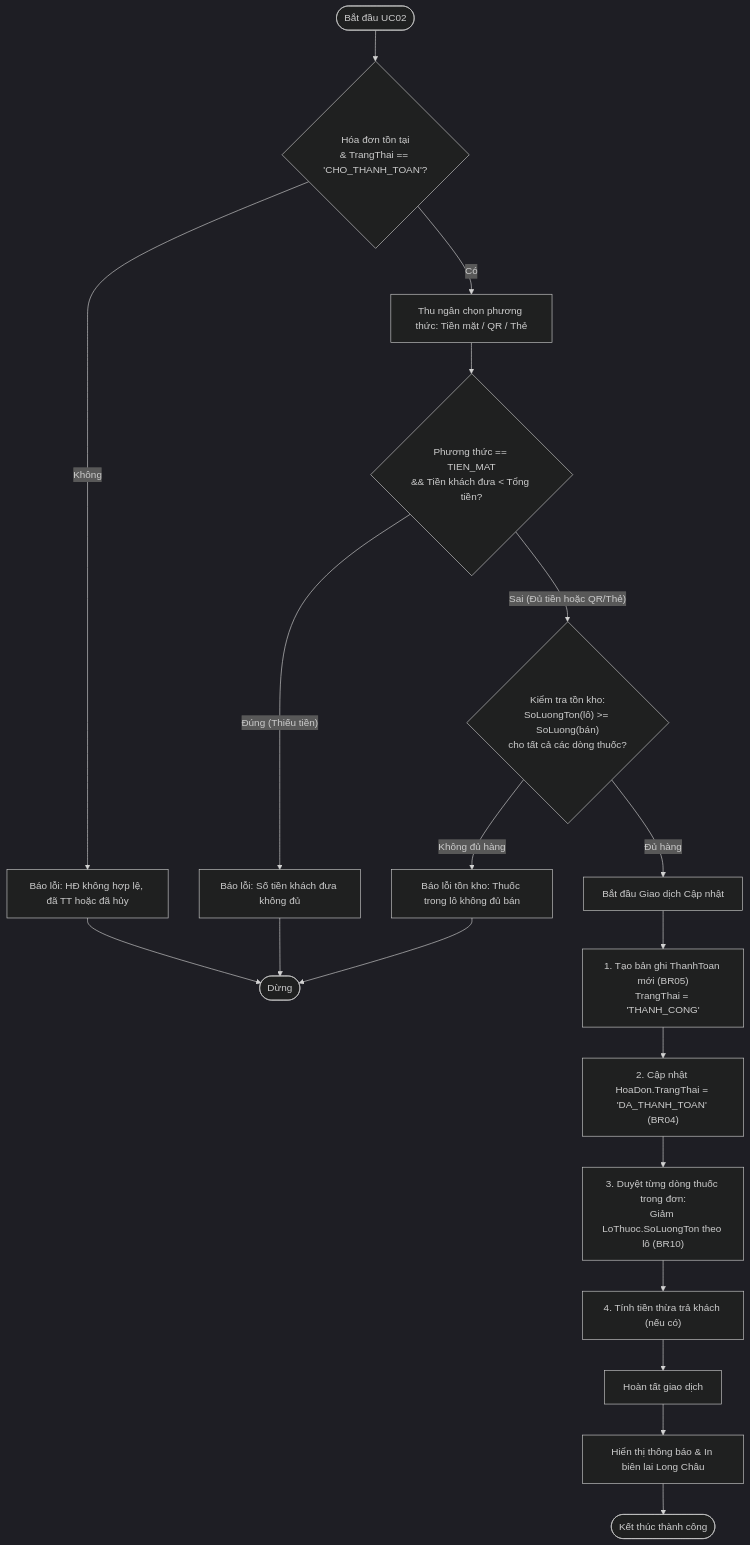
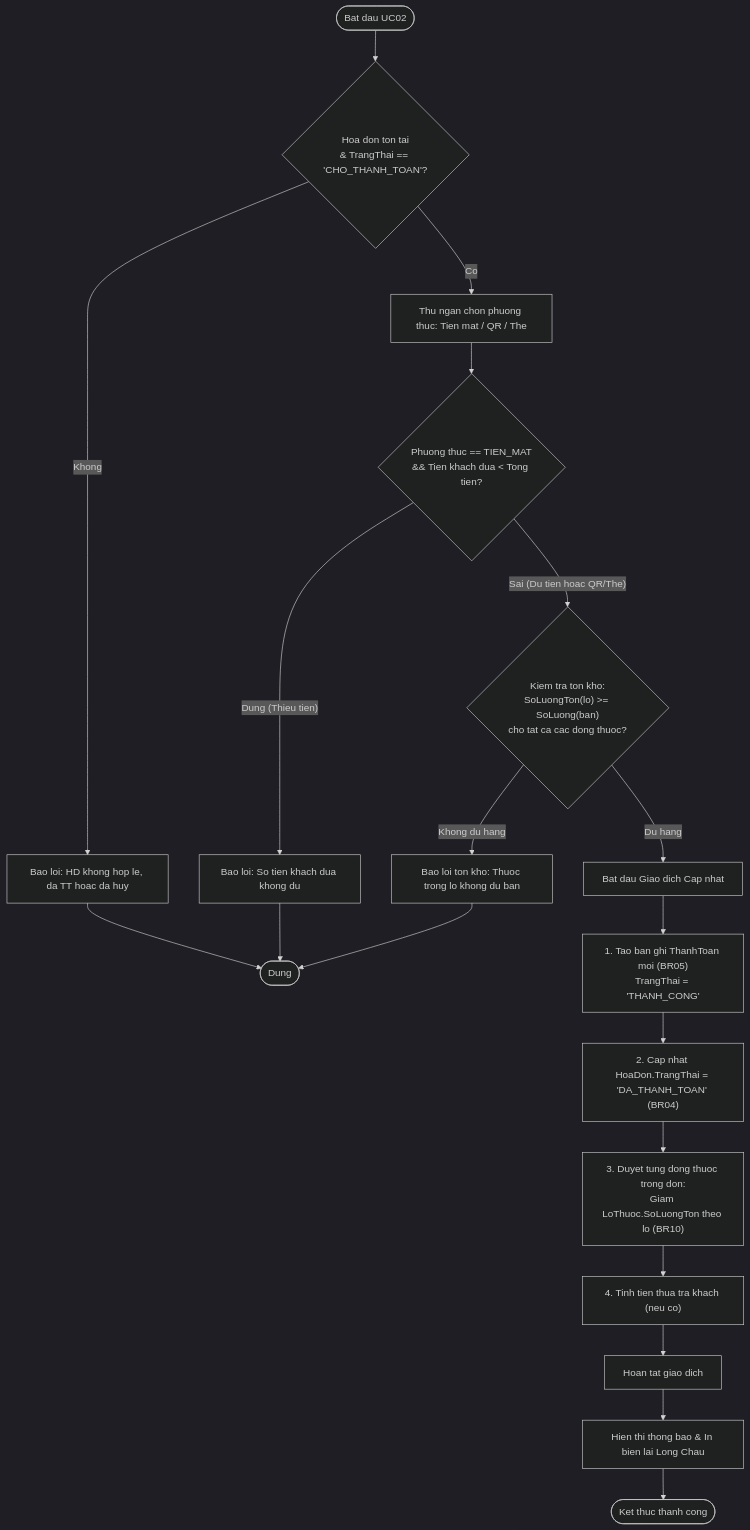
One commit to AbrahamZenon/HTTT changed the third of 4 diagrams in README.md. Above: the diagram before and after it, drawn with Mermaid (dark theme). The commit also changed other lines of this file and 1 other file, not shown here.

Commit message:
docs: Luoc bo toan bo ky tu icon va box-drawing trong tai lieu

````diff
--- a/README.md
+++ b/README.md
@@ -253,23 +253,23 @@
 ```mermaid
 flowchart TD
-    Start(["Bắt đầu UC02"]) --> CheckInvoice{"Hóa đơn tồn tại\n& TrangThai == 'CHO_THANH_TOAN'?"}
-    CheckInvoice -- "Không" --> ErrStatus["Báo lỗi: HĐ không hợp lệ, đã TT hoặc đã hủy"] --> EndFail(["Dừng"])
+    Start(["Bat dau UC02"]) --> CheckInvoice{"Hoa don ton tai\n& TrangThai == 'CHO_THANH_TOAN'?"}
+    CheckInvoice -- "Khong" --> ErrStatus["Bao loi: HD khong hop le, da TT hoac da huy"] --> EndFail(["Dung"])
     
-    CheckInvoice -- "Có" --> ChooseMethod["Thu ngân chọn phương thức: Tiền mặt / QR / Thẻ"]
-    ChooseMethod --> CheckAmount{"Phương thức == TIEN_MAT\n&& Tiền khách đưa < Tổng tiền?"}
+    CheckInvoice -- "Co" --> ChooseMethod["Thu ngan chon phuong thuc: Tien mat / QR / The"]
+    ChooseMethod --> CheckAmount{"Phuong thuc == TIEN_MAT\n&& Tien khach dua < Tong tien?"}
     
-    CheckAmount -- "Đúng (Thiếu tiền)" --> ErrMoney["Báo lỗi: Số tiền khách đưa không đủ"] --> EndFail
+    CheckAmount -- "Dung (Thieu tien)" --> ErrMoney["Bao loi: So tien khach dua khong du"] --> EndFail
     
-    CheckAmount -- "Sai (Đủ tiền hoặc QR/Thẻ)" --> CheckStock{"Kiểm tra tồn kho:\nSoLuongTon(lô) >= SoLuong(bán)\ncho tất cả các dòng thuốc?"}
+    CheckAmount -- "Sai (Du tien hoac QR/The)" --> CheckStock{"Kiem tra ton kho:\nSoLuongTon(lo) >= SoLuong(ban)\ncho tat ca cac dong thuoc?"}
     
-    CheckStock -- "Không đủ hàng" --> ErrStock["Báo lỗi tồn kho: Thuốc trong lô không đủ bán"] --> EndFail
+    CheckStock -- "Khong du hang" --> ErrStock["Bao loi ton kho: Thuoc trong lo khong du ban"] --> EndFail
     
-    CheckStock -- "Đủ hàng" --> BeginTx["Bắt đầu Giao dịch Cập nhật"]
-    BeginTx --> Step1["1. Tạo bản ghi ThanhToan mới (BR05)\nTrangThai = 'THANH_CONG'"]
-    Step1 --> Step2["2. Cập nhật HoaDon.TrangThai = 'DA_THANH_TOAN' (BR04)"]
-    Step2 --> Step3["3. Duyệt từng dòng thuốc trong đơn:\nGiảm LoThuoc.SoLuongTon theo lô (BR10)"]
-    Step3 --> Step4["4. Tính tiền thừa trả khách (nếu có)"]
-    Step4 --> CommitTx["Hoàn tất giao dịch"]
-    CommitTx --> ShowReceipt["Hiển thị thông báo & In biên lai Long Châu"]
-    ShowReceipt --> EndSuccess(["Kết thúc thành công"])
+    CheckStock -- "Du hang" --> BeginTx["Bat dau Giao dich Cap nhat"]
+    BeginTx --> Step1["1. Tao ban ghi ThanhToan moi (BR05)\nTrangThai = 'THANH_CONG'"]
+    Step1 --> Step2["2. Cap nhat HoaDon.TrangThai = 'DA_THANH_TOAN' (BR04)"]
+    Step2 --> Step3["3. Duyet tung dong thuoc trong don:\nGiam LoThuoc.SoLuongTon theo lo (BR10)"]
+    Step3 --> Step4["4. Tinh tien thua tra khach (neu co)"]
+    Step4 --> CommitTx["Hoan tat giao dich"]
+    CommitTx --> ShowReceipt["Hien thi thong bao & In bien lai Long Chau"]
+    ShowReceipt --> EndSuccess(["Ket thuc thanh cong"])
 ```
````
